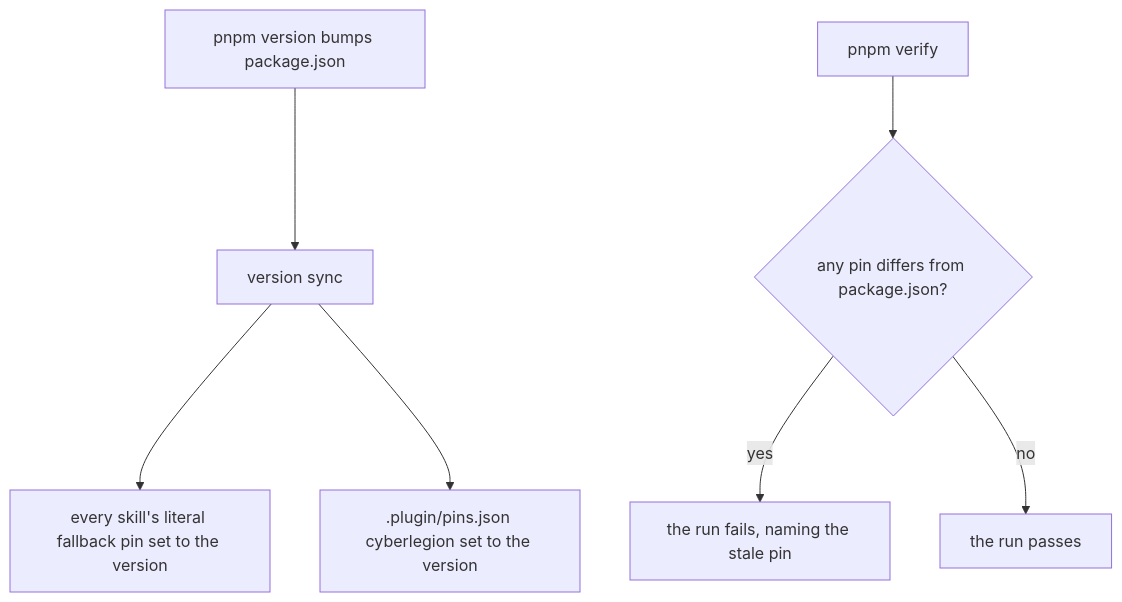
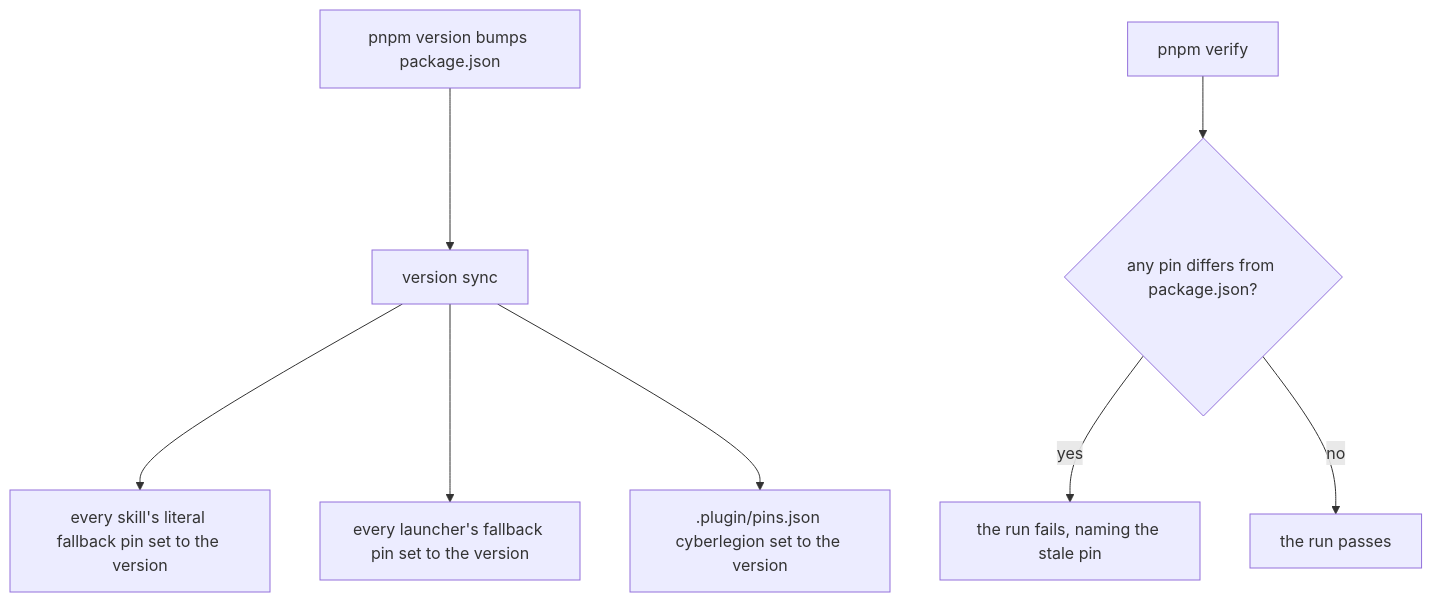
Before and after one commit to cyberuni/cyberlegion: the second of 2 diagrams in .agents/specs/cyberlegion-plugin/cli-launcher/README.md, drawn with Mermaid. The commit also changed other lines of this file and 2 other files, not shown here.

````diff
--- a/.agents/specs/cyberlegion-plugin/cli-launcher/README.md
+++ b/.agents/specs/cyberlegion-plugin/cli-launcher/README.md
@@ -96,9 +105,10 @@
 ```mermaid
 graph TD
   BUMP[pnpm version bumps package.json] --> SYNC[version sync]
   SYNC --> SKILLPINS[every skill's literal fallback pin set to the version]
+  SYNC --> LAUNCHPINS[every launcher's fallback pin set to the version]
   SYNC --> MAP[.plugin/pins.json cyberlegion set to the version]
   VERIFY[pnpm verify] --> STALE{any pin differs from package.json?}
   STALE -->|yes| FAIL[the run fails, naming the stale pin]
   STALE -->|no| PASS[the run passes]
 ```
````
